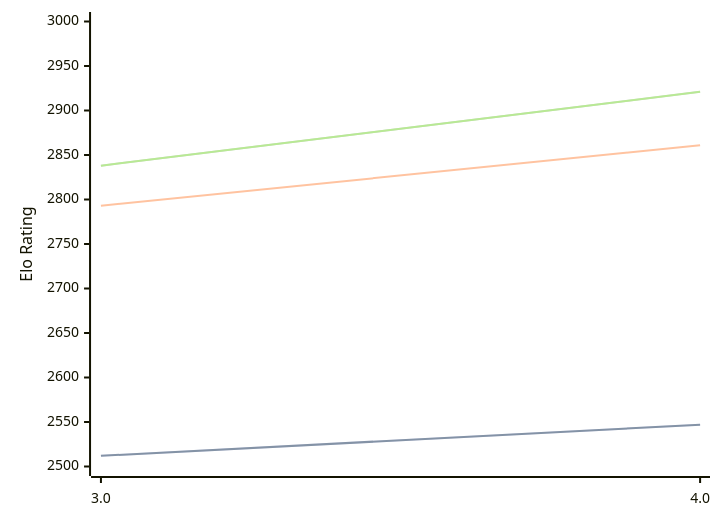
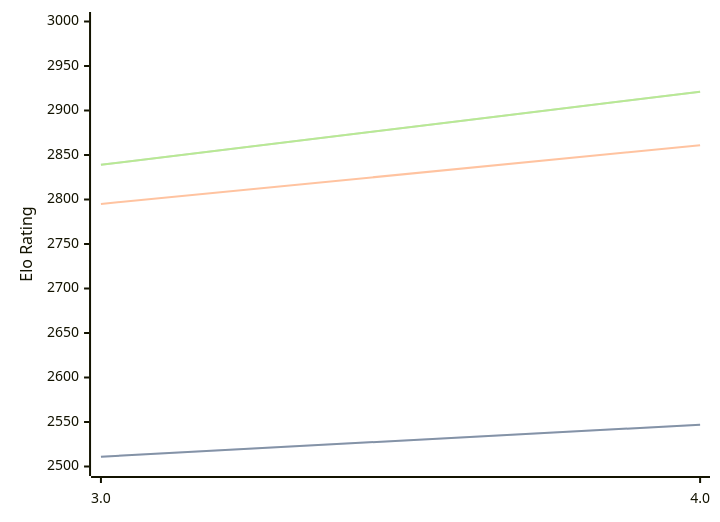
One commit to computer-chess-index/cci changed the diagram in engines/Chess3.md. Above: the diagram before and after it, drawn with Mermaid. The commit also changed other lines of this file, not shown here.

Commit message:
Update CCI Ratings (ELO VLTC) - 2026-04-27

````diff
--- a/engines/Chess3.md
+++ b/engines/Chess3.md
@@ -34,11 +34,11 @@
 ```mermaid
 %%{init: {"theme":"base","themeVariables":{"seriesColors:['#a3a3a3','#222221','#faa371']}}}%%
 xychart-beta
   x-axis ["3.0", "4.0"]
   y-axis "Elo Rating" 2500 --> 3000
-  line "STC (8.0+0.08s)" [2512, 2547]
-  line "STC (8.0+0.08s)" [2512, 2547]
-  line "LTC (60.0+0.60s)" [2793, 2861]
-  line "VLTC (2m24s+1.12s)" [2838, 2921]
-  line "VLTC (2m24s+1.12s)" [2838, 2921]
+  line "STC (8.0+0.08s)" [2511, 2547]
+  line "STC (8.0+0.08s)" [2511, 2547]
+  line "LTC (60.0+0.60s)" [2795, 2861]
+  line "VLTC (2m24s+1.12s)" [2839, 2921]
+  line "VLTC (2m24s+1.12s)" [2839, 2921]
 ```
````
